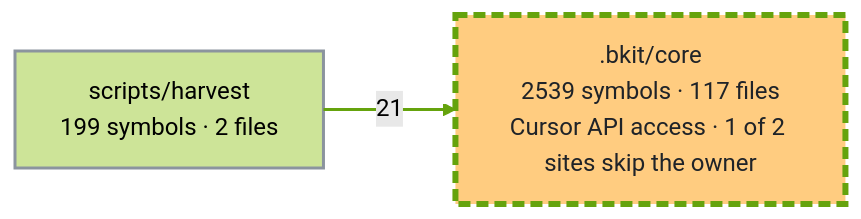
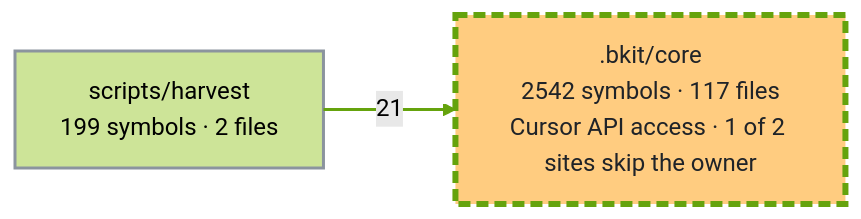
One commit to cbartens/bkit changed the second of 3 diagrams in docs/capabilities.md. Above: the diagram before and after it, drawn with Mermaid (forest theme). The commit also changed other lines of this file, not shown here.

Commit message:
docs: refresh capabilities graph

````diff
--- a/docs/capabilities.md
+++ b/docs/capabilities.md
@@ -169,16 +169,16 @@
 ```mermaid
 ---
 config:
   layout: elk
   flowchart:
     useMaxWidth: false
 ---
 flowchart LR
-  %% Generated by bkit-graphify-rollup.py from de39ff3111f5b07b5323d613b1b73fe3b718d44c — do not edit
-  n_bkit_core[".bkit/core<br/>2539 symbols · 117 files<br/>Cursor API access · 1 of 2 sites skip the owner"]
+  %% Generated by bkit-graphify-rollup.py from fd87181467376b8f9dc851e6564c1b63850851f4 — do not edit
+  n_bkit_core[".bkit/core<br/>2542 symbols · 117 files<br/>Cursor API access · 1 of 2 sites skip the owner"]
   nscripts_harvest["scripts/harvest<br/>199 symbols · 2 files"]
   nscripts_harvest -->|21| n_bkit_core
   style n_bkit_core stroke:#65a30d,stroke-width:4px,stroke-dasharray:8 4,fill:#ffcc80,color:#1f2328
   style nscripts_harvest stroke:#8b949e,stroke-width:2px
   linkStyle 0 stroke:#65a30d,stroke-width:2px
 ```
````
